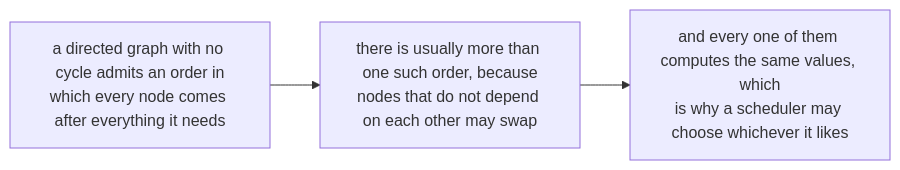
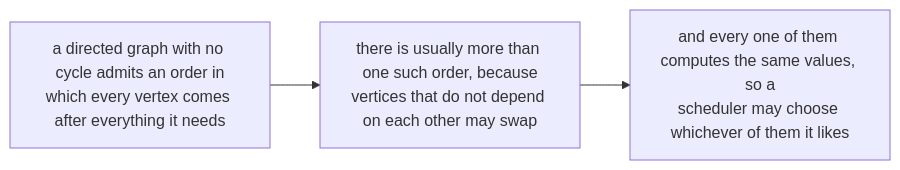
One commit to konradcinkusz/math-for-ai-engineers changed the diagram in figures/mermaid/en/p13-order-not-answer.mmd. Above: the diagram before and after it, drawn with Mermaid. The commit also changed 15 other files, not shown here.

```diff
--- a/figures/mermaid/en/p13-order-not-answer.mmd
+++ b/figures/mermaid/en/p13-order-not-answer.mmd
@@ -1,4 +1,4 @@
 flowchart LR
-  A["a directed graph with no cycle admits an order in<br/>which every node comes after everything it needs"]
-  A --> B["there is usually more than one such order, because<br/>nodes that do not depend on each other may swap"]
-  B --> C["and every one of them computes the same values, which<br/>is why a scheduler may choose whichever it likes"]
+  A["a directed graph with no cycle admits an order in<br/>which every vertex comes after everything it needs"]
+  A --> B["there is usually more than one such order, because<br/>vertices that do not depend on each other may swap"]
+  B --> C["and every one of them computes the same values, so a<br/>scheduler may choose whichever of them it likes"]
```
